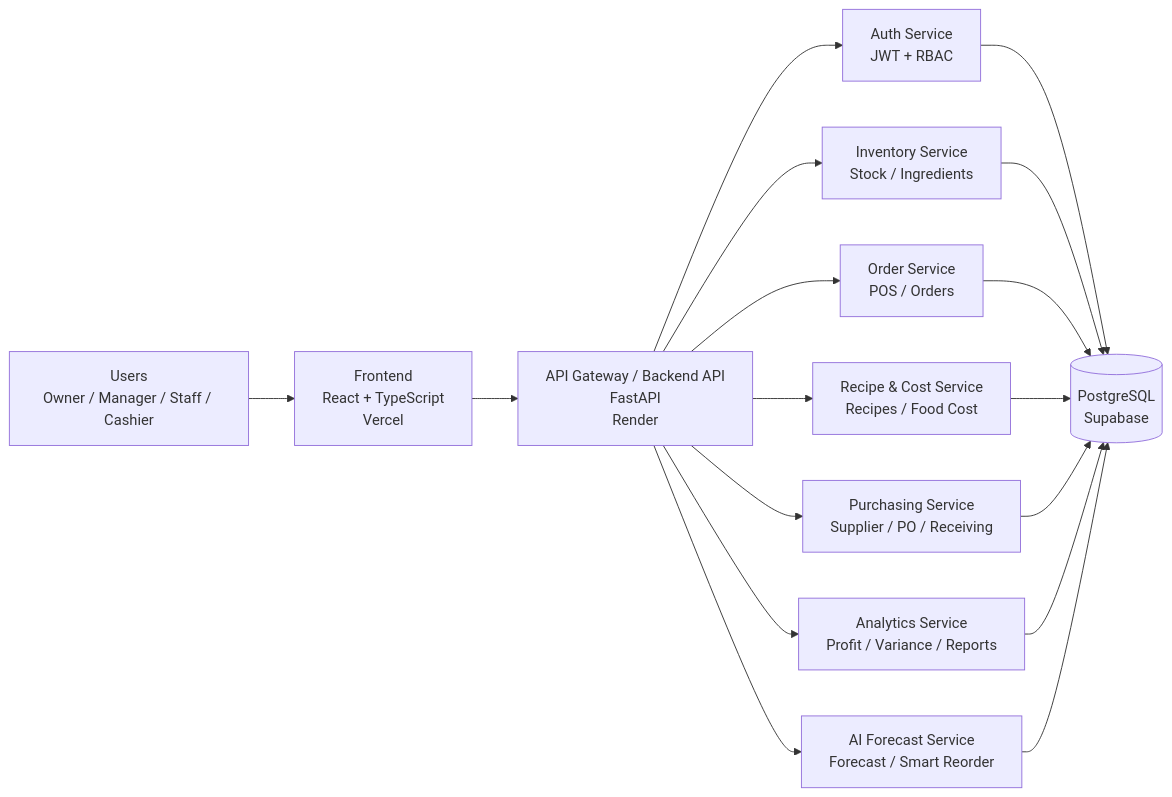
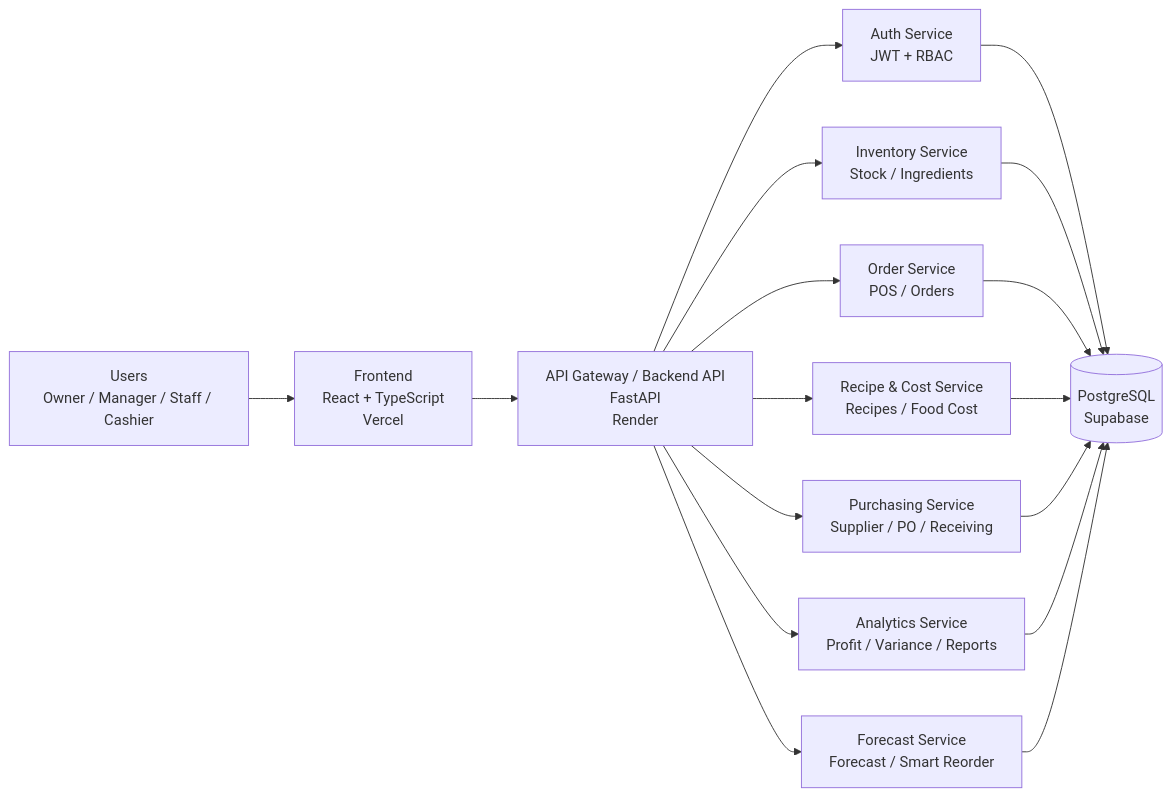
Before and after one commit to 67160230-byte/Khunflow: the first of 3 diagrams in README.md, drawn with Mermaid. The commit also changed other lines of this file, not shown here.

````diff
--- a/README.md
+++ b/README.md
@@ -80,37 +121,37 @@
 ```mermaid
 flowchart LR
     U[Users<br/>Owner / Manager / Staff / Cashier]
 
     FE[Frontend<br/>React + TypeScript<br/>Vercel]
 
     API[API Gateway / Backend API<br/>FastAPI<br/>Render]
 
     AUTH[Auth Service<br/>JWT + RBAC]
     INV[Inventory Service<br/>Stock / Ingredients]
     ORD[Order Service<br/>POS / Orders]
     REC[Recipe & Cost Service<br/>Recipes / Food Cost]
     PUR[Purchasing Service<br/>Supplier / PO / Receiving]
     ANA[Analytics Service<br/>Profit / Variance / Reports]
-    AI[AI Forecast Service<br/>Forecast / Smart Reorder]
+    AI[Forecast Service<br/>Forecast / Smart Reorder]
 
     DB[(PostgreSQL<br/>Supabase)]
 
     U --> FE
     FE --> API
 
     API --> AUTH
     API --> INV
     API --> ORD
     API --> REC
     API --> PUR
     API --> ANA
     API --> AI
 
     AUTH --> DB
     INV --> DB
     ORD --> DB
     REC --> DB
     PUR --> DB
     ANA --> DB
     AI --> DB
 ```
````
